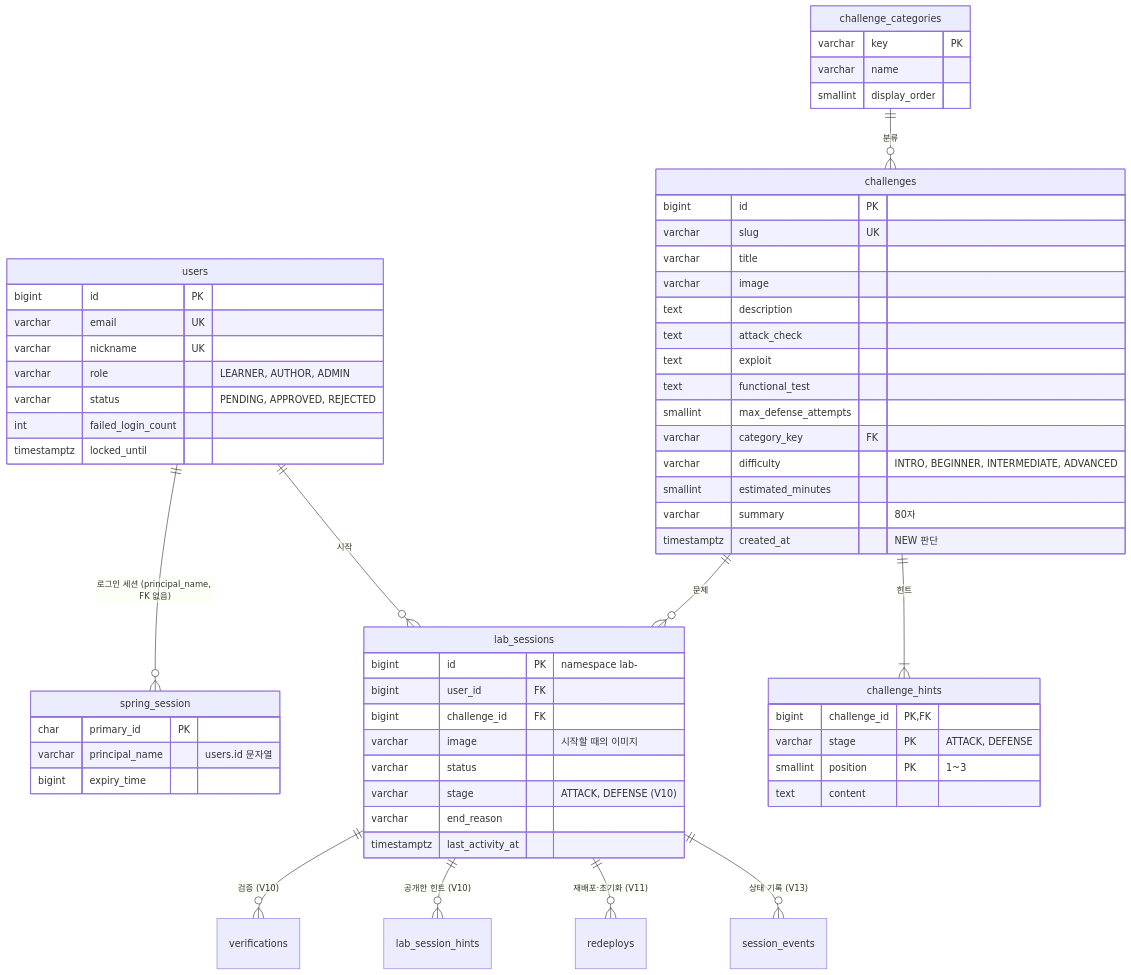
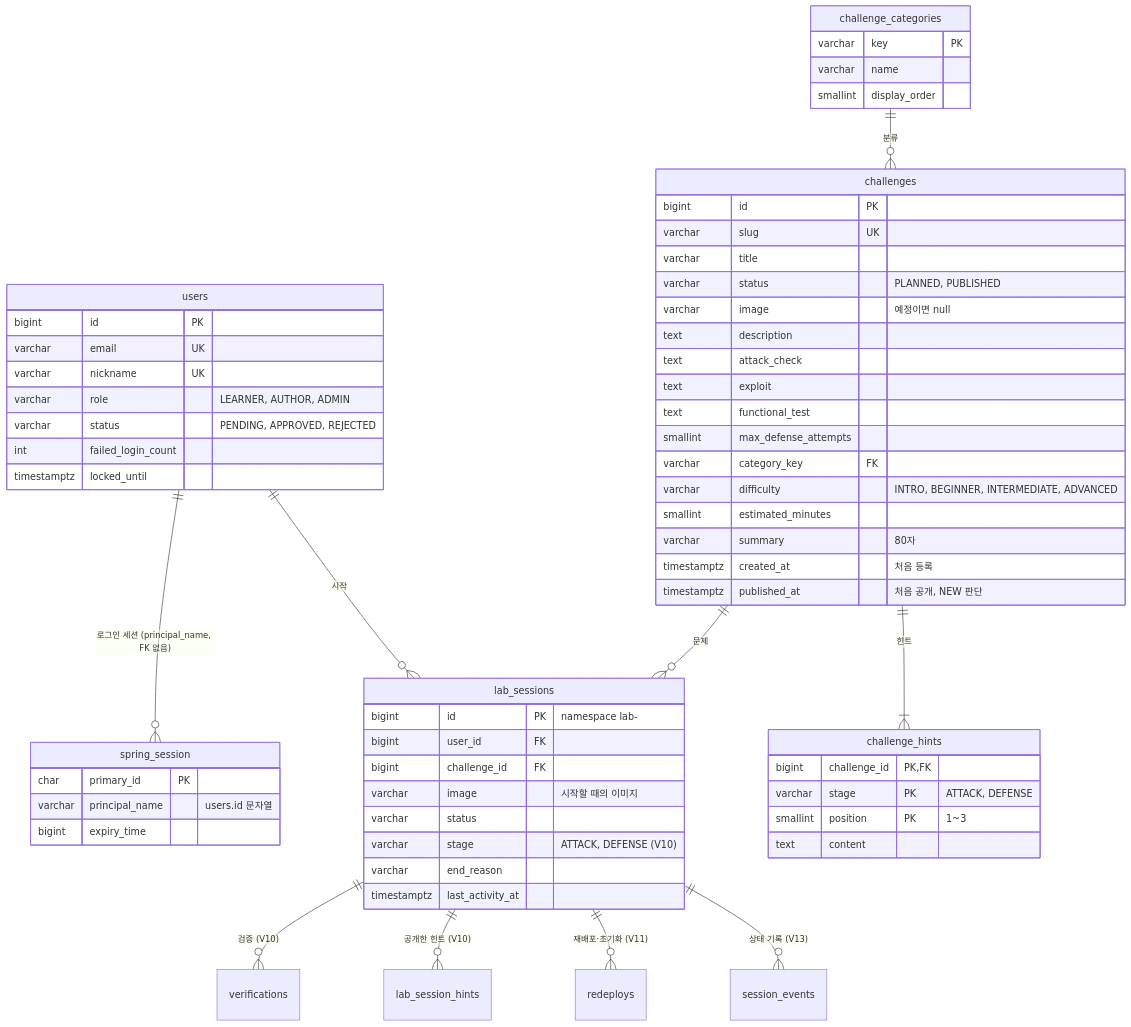
Before and after one commit to pg-hackforge/hackforge-docs: the diagram in data-model.md, drawn with Mermaid. The commit also changed other lines of this file and 3 other files, not shown here.

````diff
--- a/data-model.md
+++ b/data-model.md
@@ -7,64 +7,66 @@
 ```mermaid
 erDiagram
     users ||--o{ spring_session : "로그인 세션 (principal_name, FK 없음)"
     users ||--o{ lab_sessions : "시작"
     challenges ||--o{ lab_sessions : "문제"
     challenges ||--|{ challenge_hints : "힌트"
     challenge_categories ||--o{ challenges : "분류"
     lab_sessions ||--o{ verifications : "검증 (V10)"
     lab_sessions ||--o{ lab_session_hints : "공개한 힌트 (V10)"
     lab_sessions ||--o{ redeploys : "재배포·초기화 (V11)"
     lab_sessions ||--o{ session_events : "상태 기록 (V13)"
 
     users {
         bigint id PK
         varchar email UK
         varchar nickname UK
         varchar role "LEARNER, AUTHOR, ADMIN"
         varchar status "PENDING, APPROVED, REJECTED"
         int failed_login_count
         timestamptz locked_until
     }
     spring_session {
         char primary_id PK
         varchar principal_name "users.id 문자열"
         bigint expiry_time
     }
     challenges {
         bigint id PK
         varchar slug UK
         varchar title
-        varchar image
+        varchar status "PLANNED, PUBLISHED"
+        varchar image "예정이면 null"
         text description
         text attack_check
         text exploit
         text functional_test
         smallint max_defense_attempts
         varchar category_key FK
         varchar difficulty "INTRO, BEGINNER, INTERMEDIATE, ADVANCED"
         smallint estimated_minutes
         varchar summary "80자"
-        timestamptz created_at "NEW 판단"
+        timestamptz created_at "처음 등록"
+        timestamptz published_at "처음 공개, NEW 판단"
     }
     challenge_categories {
         varchar key PK
         varchar name
         smallint display_order
     }
     challenge_hints {
         bigint challenge_id PK, FK
         varchar stage PK "ATTACK, DEFENSE"
         smallint position PK "1~3"
         text content
     }
     lab_sessions {
         bigint id PK "namespace lab-<id>"
         bigint user_id FK
         bigint challenge_id FK
         varchar image "시작할 때의 이미지"
         varchar status
         varchar stage "ATTACK, DEFENSE (V10)"
         varchar end_reason
         timestamptz last_activity_at
     }
 ```
````
